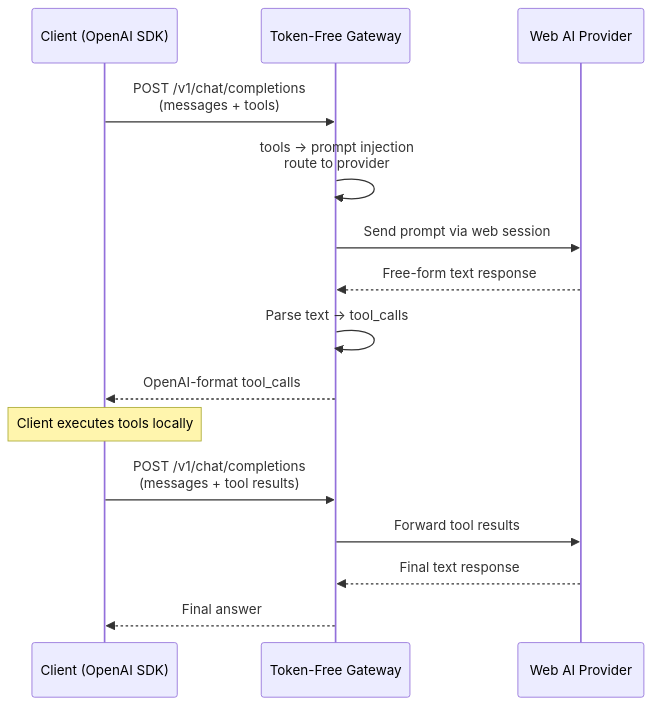
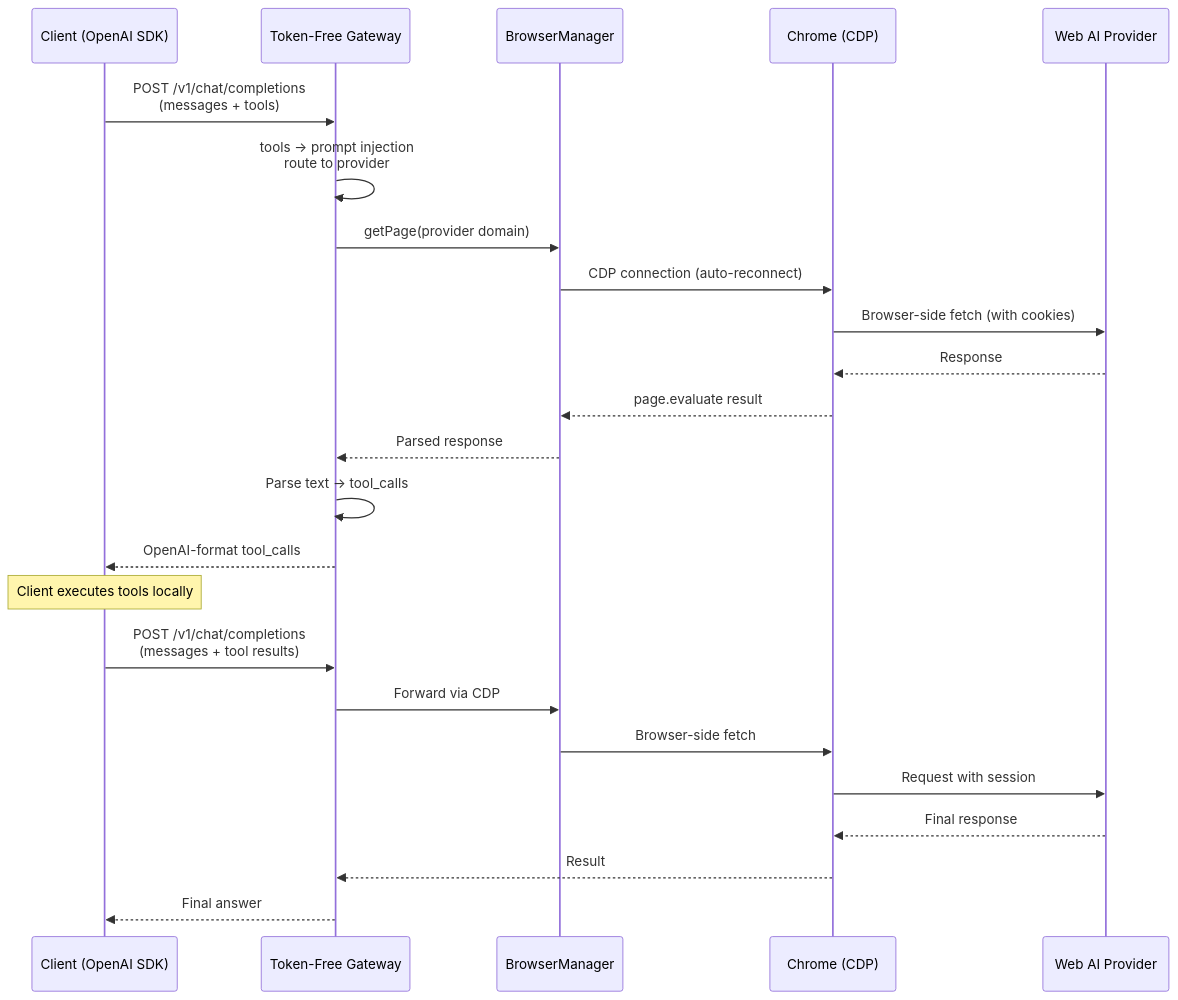
Before and after one commit to koraussie7/MuhanAI: the diagram in README.md, drawn with Mermaid. The commit also changed other lines of this file and 1 other file, not shown here.

First line of the commit message:
docs: update README to reflect CDP-based architecture

````diff
--- a/README.md
+++ b/README.md
@@ -173,20 +173,29 @@
 ```mermaid
 sequenceDiagram
     participant C as Client (OpenAI SDK)
     participant G as Token-Free Gateway
+    participant B as BrowserManager
+    participant Ch as Chrome (CDP)
     participant P as Web AI Provider
 
     C->>G: POST /v1/chat/completions<br/>(messages + tools)
     G->>G: tools → prompt injection<br/>route to provider
-    G->>P: Send prompt via web session
-    P-->>G: Free-form text response
+    G->>B: getPage(provider domain)
+    B->>Ch: CDP connection (auto-reconnect)
+    Ch->>P: Browser-side fetch (with cookies)
+    P-->>Ch: Response
+    Ch-->>B: page.evaluate result
+    B-->>G: Parsed response
     G->>G: Parse text → tool_calls
     G-->>C: OpenAI-format tool_calls
 
     Note over C: Client executes tools locally
 
     C->>G: POST /v1/chat/completions<br/>(messages + tool results)
-    G->>P: Forward tool results
-    P-->>G: Final text response
+    G->>B: Forward via CDP
+    B->>Ch: Browser-side fetch
+    Ch->>P: Request with session
+    P-->>Ch: Final response
+    Ch-->>G: Result
     G-->>C: Final answer
 ```
````
